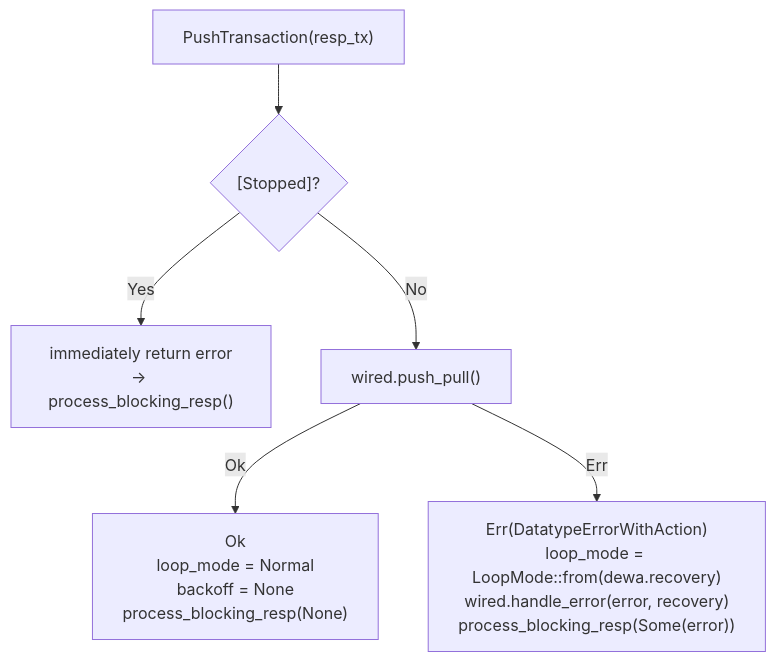
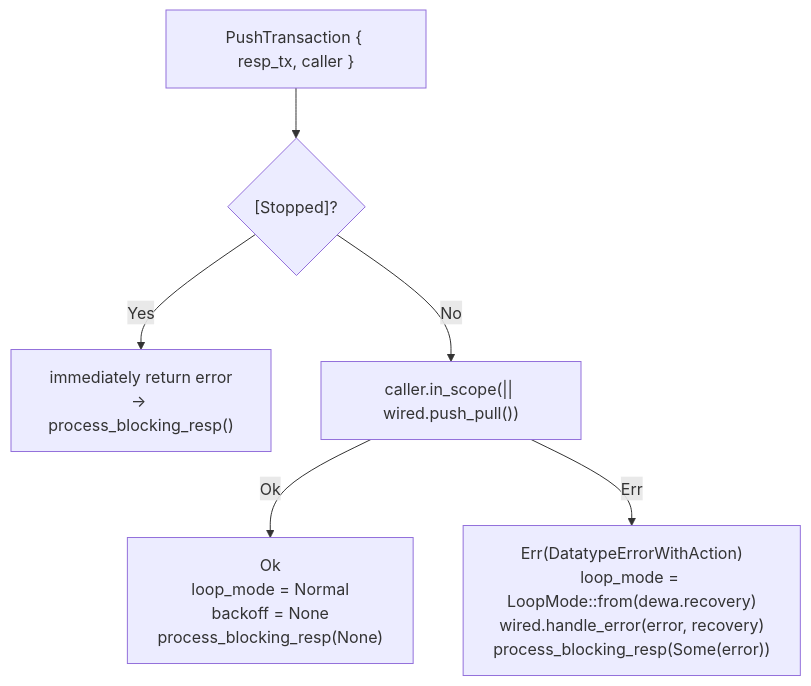
The fifth of 8 diagrams in docs/event-loop.md (qortoo/qortoo-rs), drawn with Mermaid before and after one commit. The commit also changed other lines of this file and 51 other files, not shown here.

````diff
--- a/docs/event-loop.md
+++ b/docs/event-loop.md
@@ -129,15 +139,15 @@
 ```mermaid
 flowchart TD
-    PT["PushTransaction(resp_tx)"]
+    PT["PushTransaction { resp_tx, caller }"]
     Pause{"[Stopped]?"}
     PauseErr["immediately return error\n→ process_blocking_resp()"]
-    PushPull["wired.push_pull()"]
+    PushPull["caller.in_scope(|| wired.push_pull())"]
     Ok["Ok\nloop_mode = Normal\nbackoff = None\nprocess_blocking_resp(None)"]
     Err["Err(DatatypeErrorWithAction)\nloop_mode = LoopMode::from(dewa.recovery)\nwired.handle_error(error, recovery)\nprocess_blocking_resp(Some(error))"]
 
     PT --> Pause
     Pause -->|"Yes"| PauseErr
     Pause -->|"No"| PushPull
     PushPull -->|"Ok"| Ok
     PushPull -->|"Err"| Err
 ```
````
